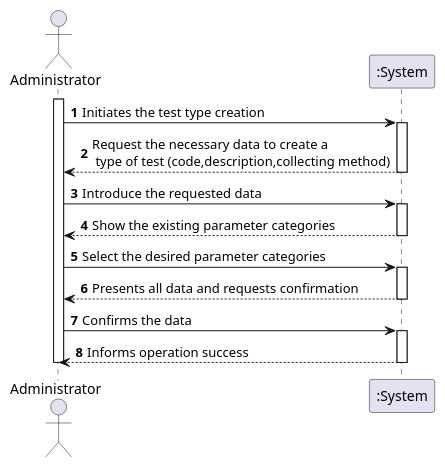
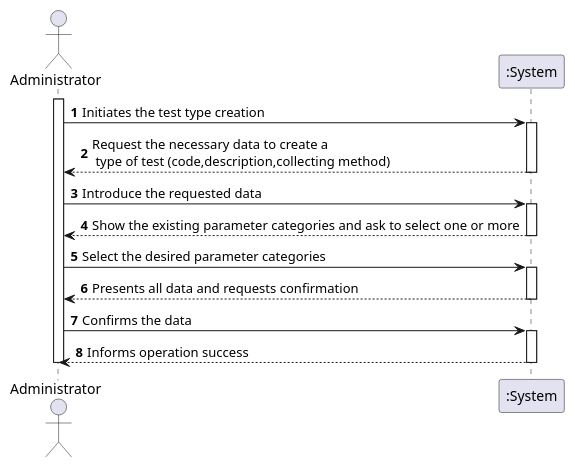
The diagram in docs/SprintB/US09/US09_SSD.puml (manu-07-ela/LAPR2_ISEP), drawn with PlantUML before and after one commit.

Commit message:
Correction of a phrase of the SSD of the US9

```diff
--- a/docs/SprintB/US09/US09_SSD.puml
+++ b/docs/SprintB/US09/US09_SSD.puml
@@ -1,28 +1,28 @@
 @startuml
 autonumber
 actor "Administrator" as Adm
 
 activate Adm
 Adm -> ":System" : Initiates the test type creation
 activate ":System"
 ":System" --> Adm : Request the necessary data to create a\n type of test (code,description,collecting method)
 deactivate ":System"
 
 Adm -> ":System" : Introduce the requested data
 activate ":System"
-":System" --> Adm : Show the existing parameter categories
+":System" --> Adm : Show the existing parameter categories and ask to select one or more
 deactivate ":System"
 
 Adm -> ":System" : Select the desired parameter categories
 activate ":System"
 ":System" --> Adm : Presents all data and requests confirmation
 deactivate ":System"
 
 Adm -> ":System" : Confirms the data
 activate ":System"
 ":System" --> Adm : Informs operation success
 deactivate ":System"
 
 deactivate Adm
 
 @enduml
```
